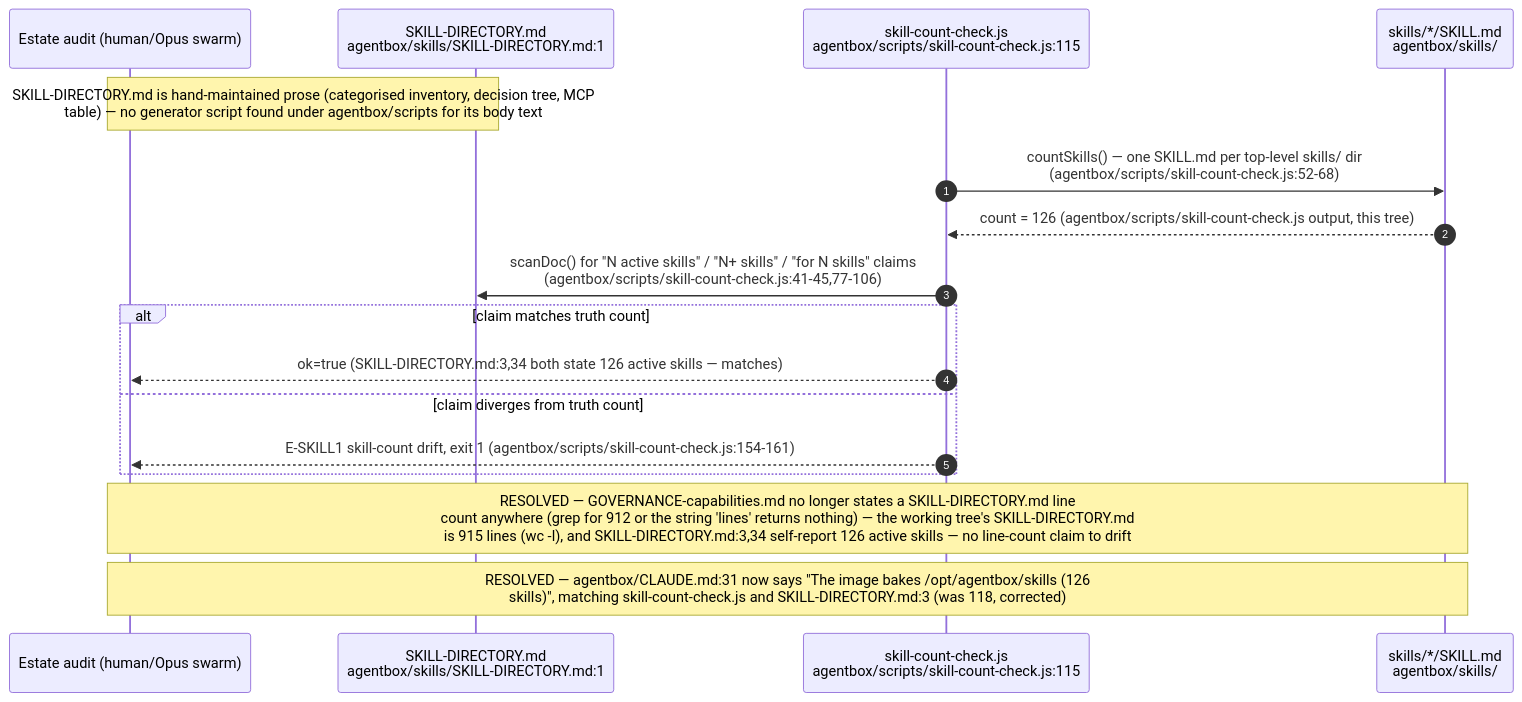
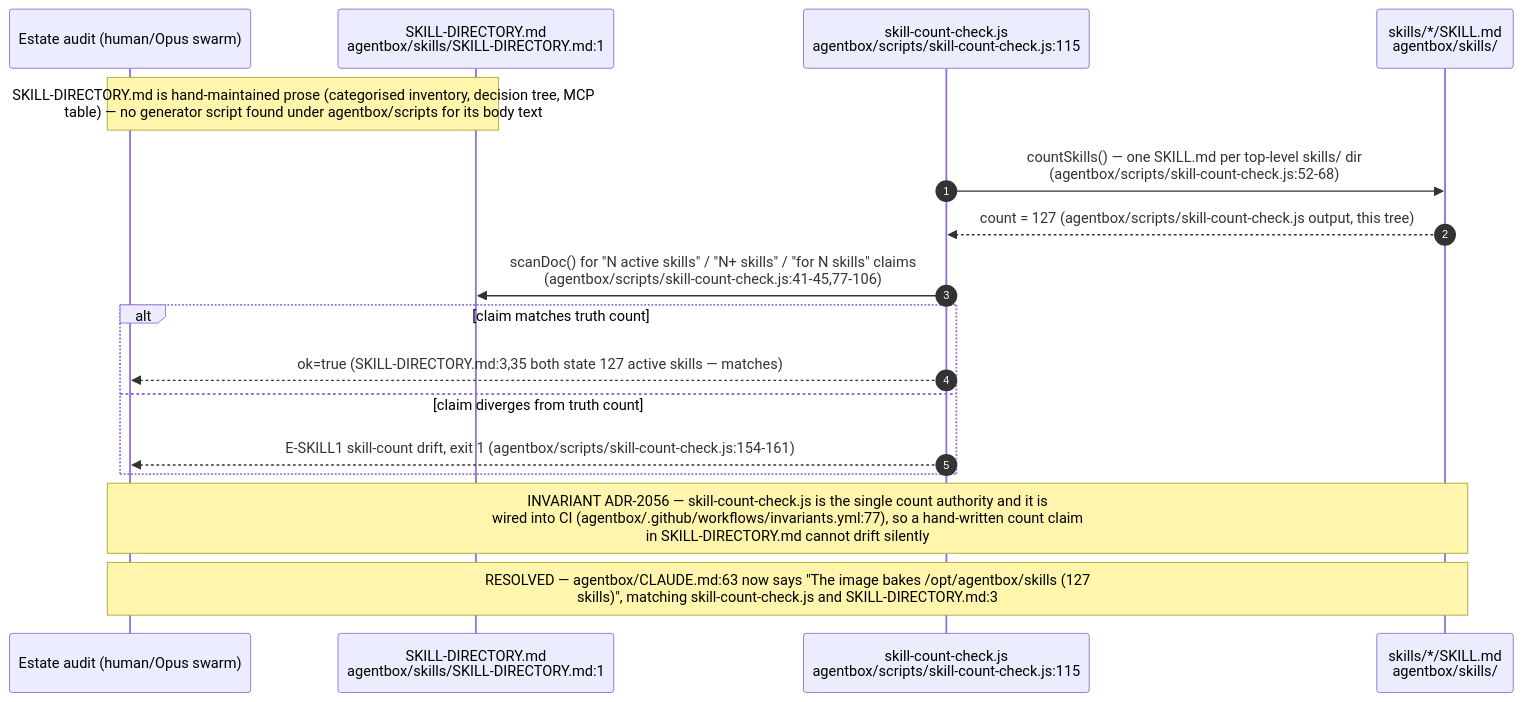
Before and after one commit to DreamLab-AI/VisionFlow: the fourth of 14 diagrams in docs/diagrams/agentbox/22-skills-and-routing.md, drawn with Mermaid. The commit also changed other lines of this file and 28 other files, not shown here.

````diff
--- a/docs/diagrams/agentbox/22-skills-and-routing.md
+++ b/docs/diagrams/agentbox/22-skills-and-routing.md
@@ -142,20 +166,20 @@
 ```mermaid
 sequenceDiagram
     autonumber
     participant AUTHOR as Estate audit (human/Opus swarm)
     participant DIR as SKILL-DIRECTORY.md<br/>agentbox/skills/SKILL-DIRECTORY.md:1
     participant CNT as skill-count-check.js<br/>agentbox/scripts/skill-count-check.js:115
     participant DISK as skills/*/SKILL.md<br/>agentbox/skills/
 
     Note over AUTHOR,DIR: SKILL-DIRECTORY.md is hand-maintained prose (categorised inventory, decision tree, MCP<br/>table) — no generator script found under agentbox/scripts for its body text
     CNT->>DISK: countSkills() — one SKILL.md per top-level skills/ dir<br/>(agentbox/scripts/skill-count-check.js:52-68)
-    DISK-->>CNT: count = 126 (agentbox/scripts/skill-count-check.js output, this tree)
+    DISK-->>CNT: count = 127 (agentbox/scripts/skill-count-check.js output, this tree)
     CNT->>DIR: scanDoc() for "N active skills" / "N+ skills" / "for N skills" claims<br/>(agentbox/scripts/skill-count-check.js:41-45,77-106)
     alt claim matches truth count
-        CNT-->>AUTHOR: ok=true (SKILL-DIRECTORY.md:3,34 both state 126 active skills — matches)
+        CNT-->>AUTHOR: ok=true (SKILL-DIRECTORY.md:3,35 both state 127 active skills — matches)
     else claim diverges from truth count
         CNT-->>AUTHOR: E-SKILL1 skill-count drift, exit 1 (agentbox/scripts/skill-count-check.js:154-161)
     end
-    Note over AUTHOR,DISK: RESOLVED — GOVERNANCE-capabilities.md no longer states a SKILL-DIRECTORY.md line<br/>count anywhere #40;grep for 912 or the string 'lines' returns nothing#41; — the working tree's SKILL-DIRECTORY.md<br/>is 915 lines #40;wc -l#41;, and SKILL-DIRECTORY.md:3,34 self-report 126 active skills — no line-count claim to drift
-    Note over AUTHOR,DISK: RESOLVED — agentbox/CLAUDE.md:31 now says "The image bakes /opt/agentbox/skills (126<br/>skills)", matching skill-count-check.js and SKILL-DIRECTORY.md:3 (was 118, corrected)
+    Note over AUTHOR,DISK: INVARIANT ADR-2056 — skill-count-check.js is the single count authority and it is<br/>wired into CI (agentbox/.github/workflows/invariants.yml:77), so a hand-written count claim<br/>in SKILL-DIRECTORY.md cannot drift silently
+    Note over AUTHOR,DISK: RESOLVED — agentbox/CLAUDE.md:63 now says "The image bakes /opt/agentbox/skills (127<br/>skills)", matching skill-count-check.js and SKILL-DIRECTORY.md:3
 ```
````
